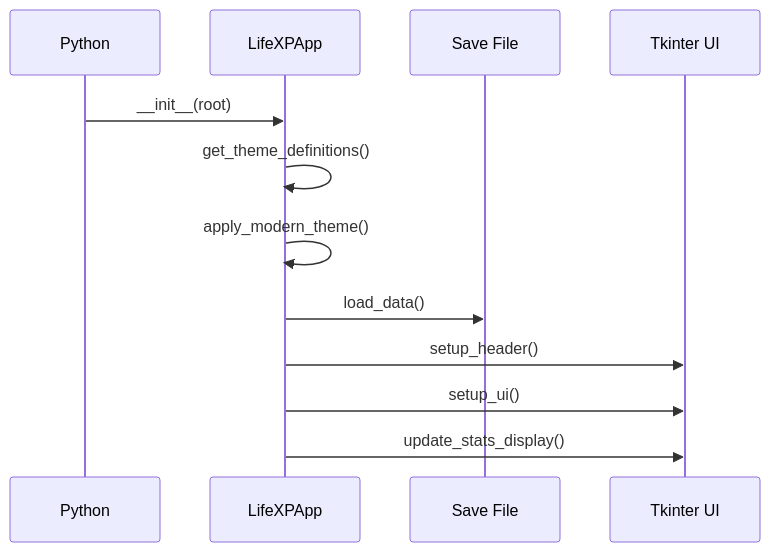
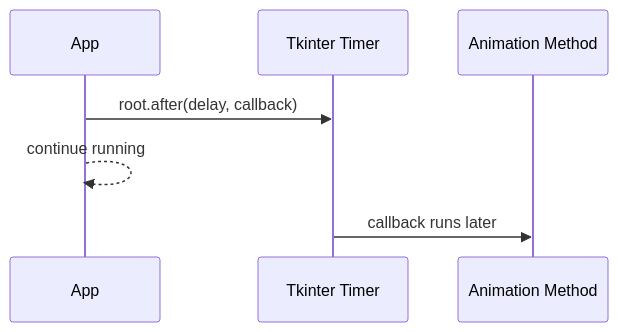
Before and after one commit to nimbold/LifeXP: the fifth of 30 diagrams in docs/beginner-guide/03-advanced.md, drawn with Mermaid. The commit also changed other lines of this file, not shown here.

First line of the commit message:
Rewrite advanced Python guide

````diff
--- a/docs/beginner-guide/03-advanced.md
+++ b/docs/beginner-guide/03-advanced.md
@@ -99,15 +268,10 @@
 ```mermaid
 sequenceDiagram
-    participant Python
-    participant App as LifeXPApp
-    participant Disk as Save File
-    participant UI as Tkinter UI
+    participant App
+    participant Tk as Tkinter Timer
+    participant Anim as Animation Method
 
-    Python->>App: __init__(root)
-    App->>App: get_theme_definitions()
-    App->>App: apply_modern_theme()
-    App->>Disk: load_data()
-    App->>UI: setup_header()
-    App->>UI: setup_ui()
-    App->>UI: update_stats_display()
+    App->>Tk: root.after(delay, callback)
+    App-->>App: continue running
+    Tk->>Anim: callback runs later
 ```
````
